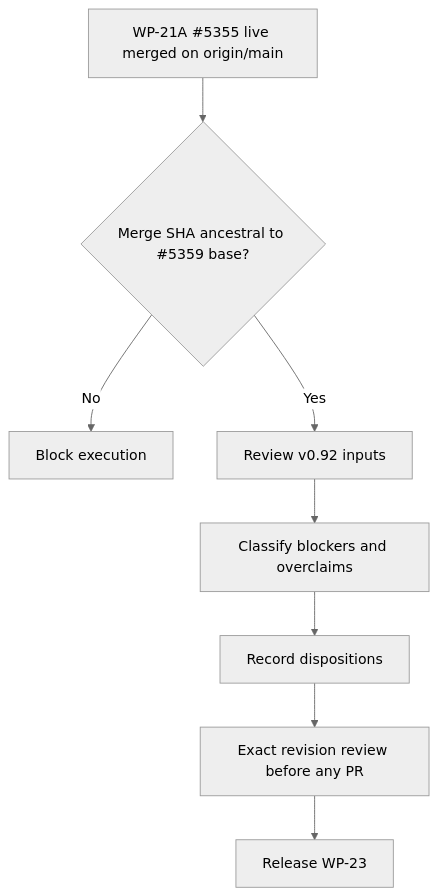
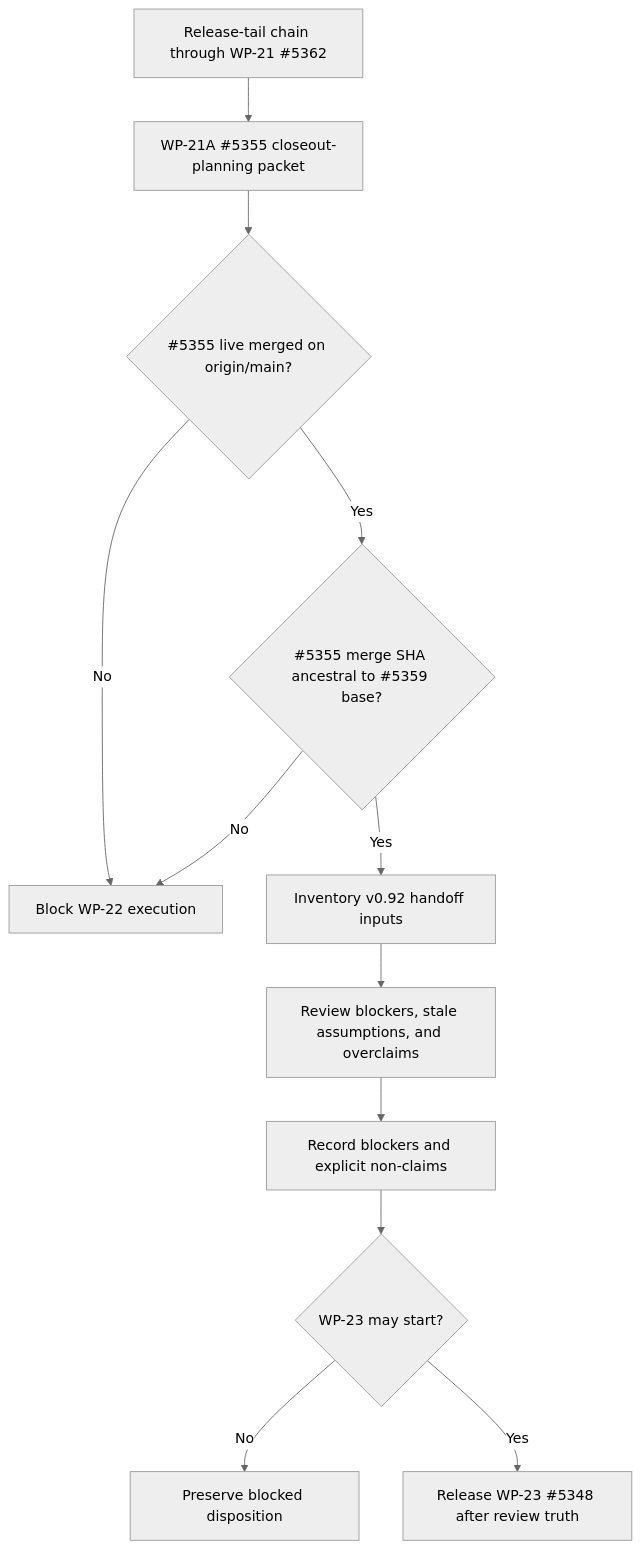
One commit to danielbaustin/agent-design-language changed the diagram in .csdlc/prepared/issues/5359/diagram.mmd. Above: the diagram before and after it, drawn with Mermaid (neutral theme). The commit also changed 17 other files, not shown here.

Commit message:
Prepare issue 5359 WP-22 planning review packet

```diff
--- a/.csdlc/prepared/issues/5359/diagram.mmd
+++ b/.csdlc/prepared/issues/5359/diagram.mmd
@@ -1,8 +1,12 @@
 flowchart TD
-    A["WP-21A #5355 live merged on origin/main"] --> B{"Merge SHA ancestral to #5359 base?"}
-    B -- "No" --> X["Block execution"]
-    B -- "Yes" --> C["Review v0.92 inputs"]
-    C --> D["Classify blockers and overclaims"]
-    D --> E["Record dispositions"]
-    E --> F["Exact revision review before any PR"]
-    F --> G["Release WP-23"]
+    A["Release-tail chain through WP-21 #5362"] --> B["WP-21A #5355 closeout-planning packet"]
+    B --> C{"#5355 live merged on origin/main?"}
+    C -- "No" --> X["Block WP-22 execution"]
+    C -- "Yes" --> D{"#5355 merge SHA ancestral to #5359 base?"}
+    D -- "No" --> X
+    D -- "Yes" --> E["Inventory v0.92 handoff inputs"]
+    E --> F["Review blockers, stale assumptions, and overclaims"]
+    F --> G["Record blockers and explicit non-claims"]
+    G --> H{"WP-23 may start?"}
+    H -- "No" --> I["Preserve blocked disposition"]
+    H -- "Yes" --> J["Release WP-23 #5348 after review truth"]
```
